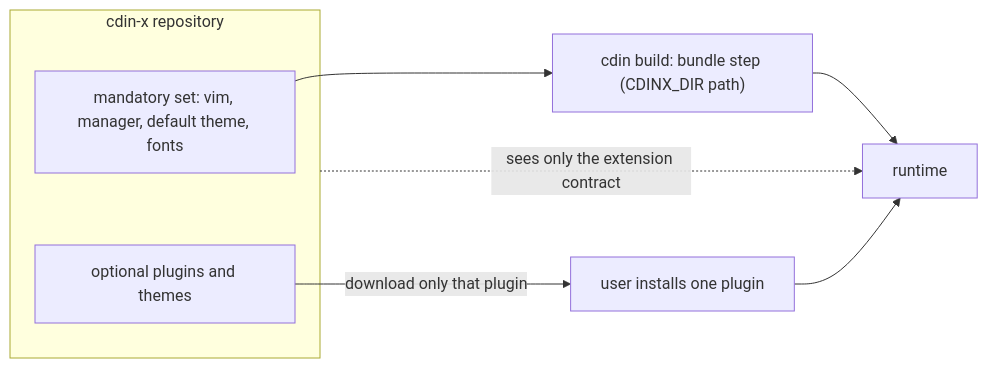
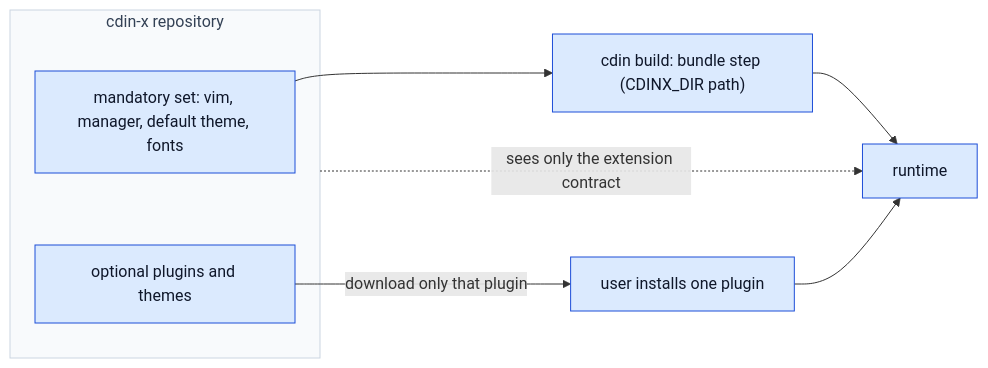
The diagram in docs/components/cdin-x.md (cdin-editor/spec), drawn with Mermaid before and after one commit. The commit also changed 6 other files, not shown here.

````diff
--- a/docs/components/cdin-x.md
+++ b/docs/components/cdin-x.md
@@ -12,16 +12,20 @@
 ```mermaid
 flowchart LR
     subgraph X["cdin-x repository"]
         MAND["mandatory set: vim, manager, default theme, fonts"]
         OPT["optional plugins and themes"]
     end
     BUNDLE["cdin build: bundle step (CDINX_DIR path)"]
     RT["runtime"]
     USER["user installs one plugin"]
 
     MAND --> BUNDLE
     BUNDLE --> RT
     OPT -- "download only that plugin" --> USER
     USER --> RT
     X -. "sees only the extension contract" .-> RT
+    classDef comp fill:#dbeafe,stroke:#1d4ed8,color:#0f172a
+    classDef group fill:#f8fafc,stroke:#cbd5e1,color:#334155
+    class BUNDLE,MAND,OPT,RT,USER comp
+    class X group
 ```
````
